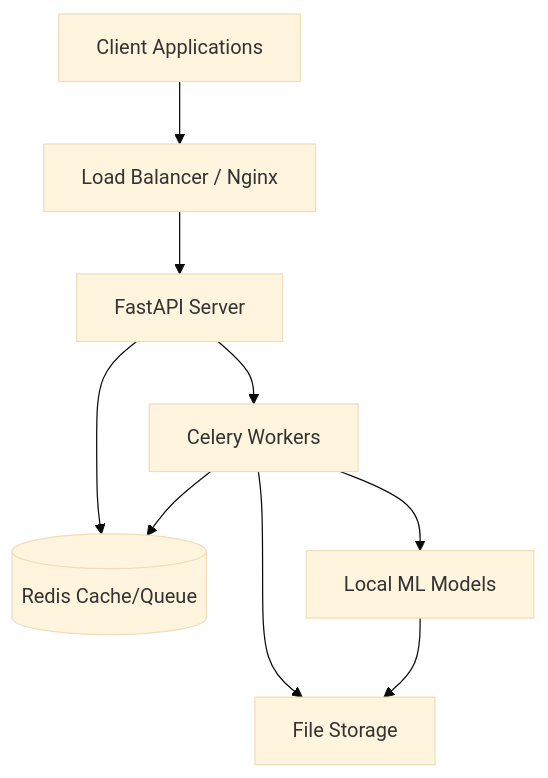
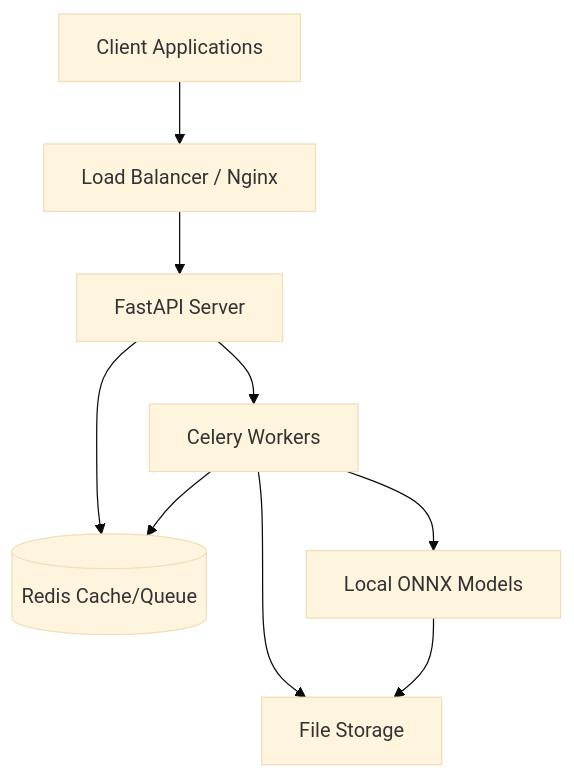
The first of 4 diagrams in docs/ARCHITECTURE.md (asmud/doc-ingestion-api), drawn with Mermaid (base theme) before and after one commit. The commit also changed other lines of this file and 6 other files, not shown here.

````diff
--- a/docs/ARCHITECTURE.md
+++ b/docs/ARCHITECTURE.md
@@ -9,19 +9,19 @@
 ```mermaid
 graph TB
     Client[Client Applications]
     LB[Load Balancer / Nginx]
     API[FastAPI Server]
     Celery[Celery Workers]
     Redis[(Redis Cache/Queue)]
-    Models[Local ML Models]
+    Models[Local ONNX Models]
     Storage[File Storage]
     
     Client --> LB
     LB --> API
     API --> Celery
     API --> Redis
     Celery --> Redis
     Celery --> Models
     Celery --> Storage
     Models --> Storage
 ```
````
